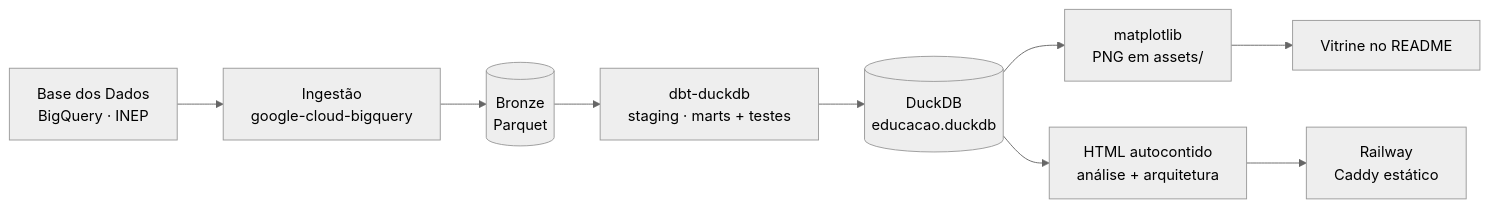
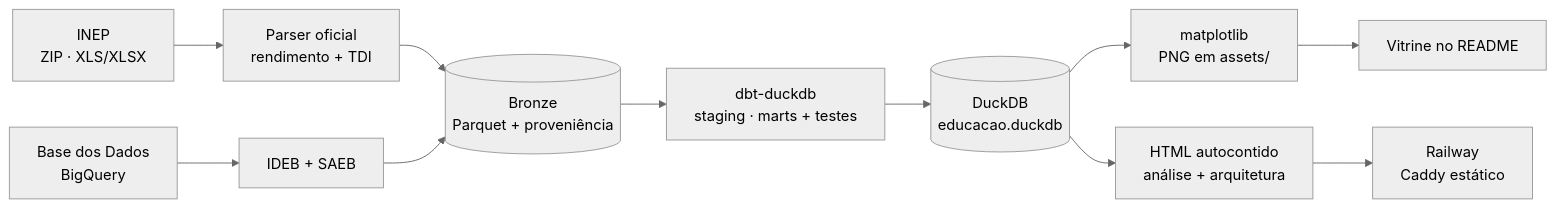
One commit to leonardo-michelotti/observatorio-educacao-rs changed the diagram in README.md. Above: the diagram before and after it, drawn with Mermaid (neutral theme). The commit also changed other lines of this file and 12 other files, not shown here.

````diff
--- a/README.md
+++ b/README.md
@@ -116,11 +116,13 @@
 ```mermaid
 flowchart LR
-  BQ[Base dos Dados<br/>BigQuery · INEP] --> ING[Ingestão<br/>google-cloud-bigquery]
-  ING --> BRONZE[(Bronze<br/>Parquet)]
+  INEP[INEP<br/>ZIP · XLS/XLSX] --> ING1[Parser oficial<br/>rendimento + TDI]
+  BQ[Base dos Dados<br/>BigQuery] --> ING2[IDEB + SAEB]
+  ING1 --> BRONZE[(Bronze<br/>Parquet + proveniência)]
+  ING2 --> BRONZE
   BRONZE --> DBT[dbt-duckdb<br/>staging · marts + testes]
   DBT --> DUCK[(DuckDB<br/>educacao.duckdb)]
   DUCK --> CHARTS[matplotlib<br/>PNG em assets/]
   DUCK --> PAGES[HTML autocontido<br/>análise + arquitetura]
   CHARTS --> README[Vitrine no README]
   PAGES --> WEB[Railway<br/>Caddy estático]
 ```
````
